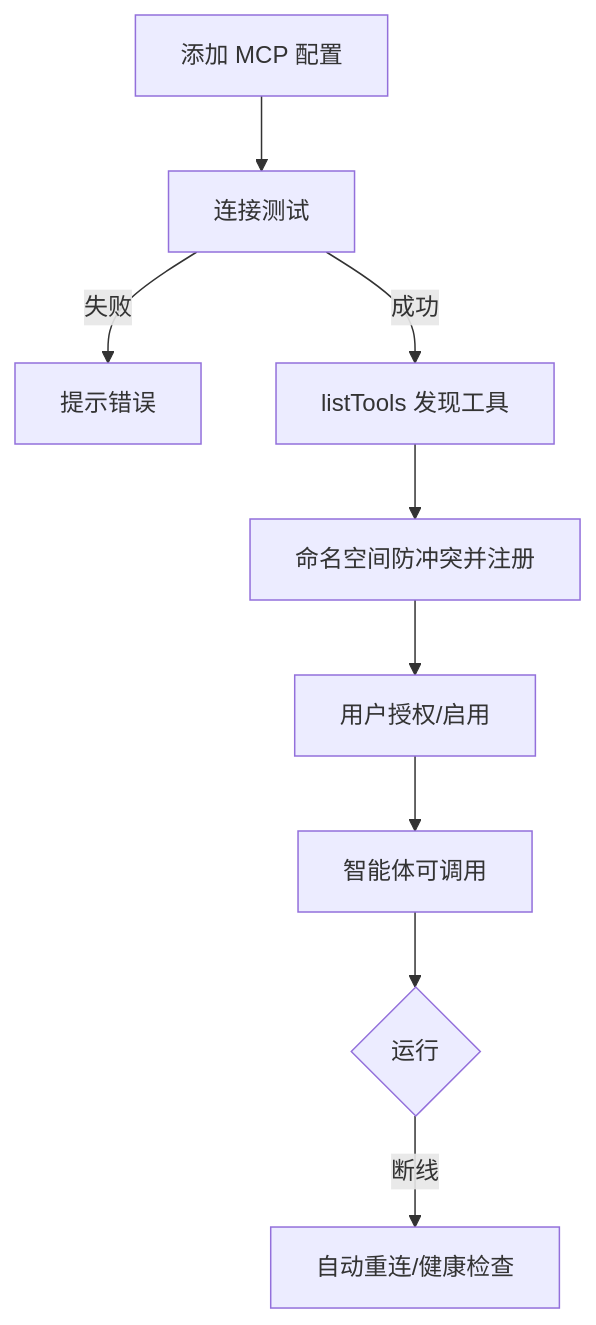
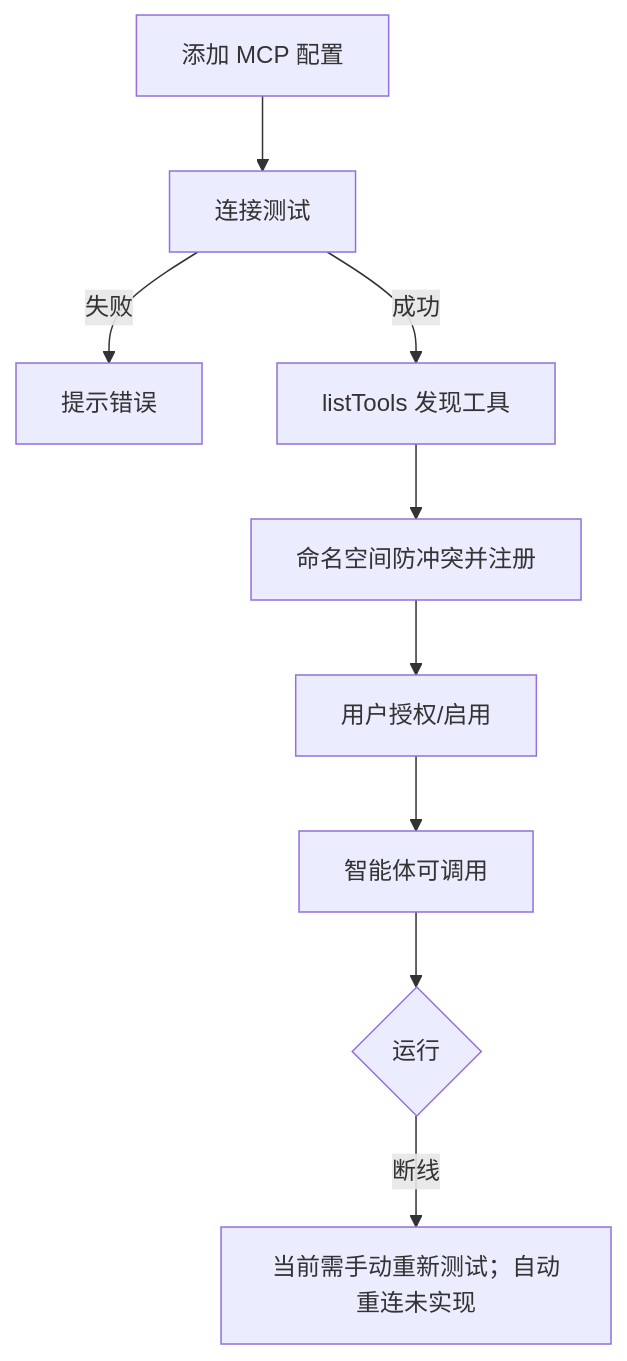
Before and after one commit to WakuWaku1337/Stuagent: diagram 14 of 18 in 智学Agent项目设计文档.md, drawn with Mermaid. The commit also changed other lines of this file and 77 other files, not shown here.

````diff
--- a/智学Agent项目设计文档.md
+++ b/智学Agent项目设计文档.md
@@ -1545,11 +1532,11 @@
 ```mermaid
 flowchart TD
     A[添加 MCP 配置] --> B[连接测试]
     B -->|失败| C[提示错误]
     B -->|成功| D[listTools 发现工具]
     D --> E[命名空间防冲突并注册]
     E --> F[用户授权/启用]
     F --> G[智能体可调用]
     G --> H{运行}
-    H -->|断线| I[自动重连/健康检查]
+    H -->|断线| I[当前需手动重新测试；自动重连未实现]
 ```
````
